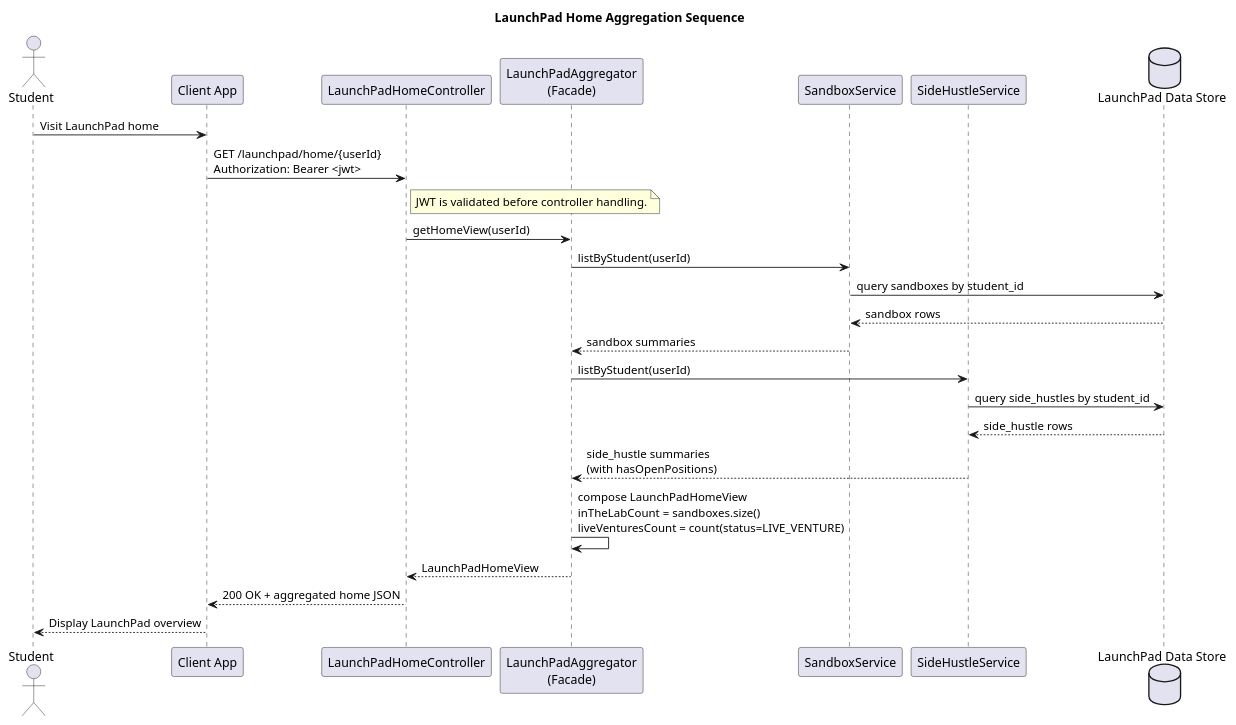
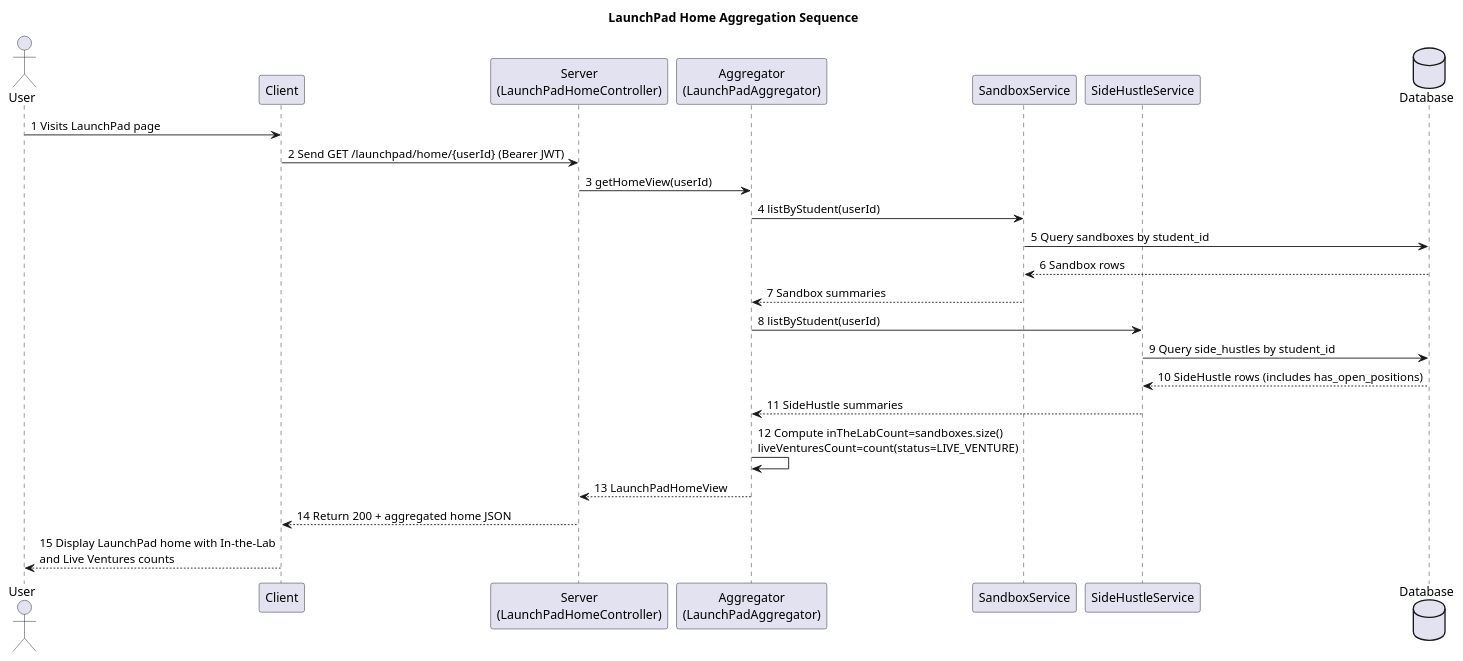
One commit to anthonytoyco/hatchloom changed the diagram in diagrams/sequence_home.puml. Above: the diagram before and after it, drawn with PlantUML. The commit also changed 6 other files, not shown here.

Commit message:
feat: update API documentation and diagrams for LaunchPad service, including success response codes and domain class diagram

```diff
--- a/diagrams/sequence_home.puml
+++ b/diagrams/sequence_home.puml
@@ -1,34 +1,28 @@
-@startuml
+@startuml sequence_home
 title LaunchPad Home Aggregation Sequence
 
-actor Student as User
-participant "Client App" as Client
-participant "LaunchPadHomeController" as HomeController
-participant "LaunchPadAggregator\n(Facade)" as Aggregator
-participant "SandboxService" as Sandbox
-participant "SideHustleService" as SideHustle
-database "LaunchPad Data Store" as DB
+actor User
+participant Client
+participant "Server\n(LaunchPadHomeController)" as Server
+participant "Aggregator\n(LaunchPadAggregator)" as Aggregator
+participant "SandboxService" as SandboxService
+participant "SideHustleService" as SideHustleService
+database Database
 
-User -> Client: Visit LaunchPad home
-Client -> HomeController: GET /launchpad/home/{userId}\nAuthorization: Bearer <jwt>
-note right of HomeController
-	JWT is validated before controller handling.
-end note
-HomeController -> Aggregator: getHomeView(userId)
-
-Aggregator -> Sandbox: listByStudent(userId)
-Sandbox -> DB: query sandboxes by student_id
-DB --> Sandbox: sandbox rows
-Sandbox --> Aggregator: sandbox summaries
-
-Aggregator -> SideHustle: listByStudent(userId)
-SideHustle -> DB: query side_hustles by student_id
-DB --> SideHustle: side_hustle rows
-SideHustle --> Aggregator: side_hustle summaries\n(with hasOpenPositions)
-
-Aggregator -> Aggregator: compose LaunchPadHomeView\ninTheLabCount = sandboxes.size()\nliveVenturesCount = count(status=LIVE_VENTURE)
-Aggregator --> HomeController: LaunchPadHomeView
-HomeController --> Client: 200 OK + aggregated home JSON
-Client --> User: Display LaunchPad overview
+User -> Client: 1 Visits LaunchPad page
+Client -> Server: 2 Send GET /launchpad/home/{userId} (Bearer JWT)
+Server -> Aggregator: 3 getHomeView(userId)
+Aggregator -> SandboxService: 4 listByStudent(userId)
+SandboxService -> Database: 5 Query sandboxes by student_id
+Database --> SandboxService: 6 Sandbox rows
+SandboxService --> Aggregator: 7 Sandbox summaries
+Aggregator -> SideHustleService: 8 listByStudent(userId)
+SideHustleService -> Database: 9 Query side_hustles by student_id
+Database --> SideHustleService: 10 SideHustle rows (includes has_open_positions)
+SideHustleService --> Aggregator: 11 SideHustle summaries
+Aggregator -> Aggregator: 12 Compute inTheLabCount=sandboxes.size()\nliveVenturesCount=count(status=LIVE_VENTURE)
+Aggregator --> Server: 13 LaunchPadHomeView
+Server --> Client: 14 Return 200 + aggregated home JSON
+Client --> User: 15 Display LaunchPad home with In-the-Lab\nand Live Ventures counts
 
 @enduml
```
